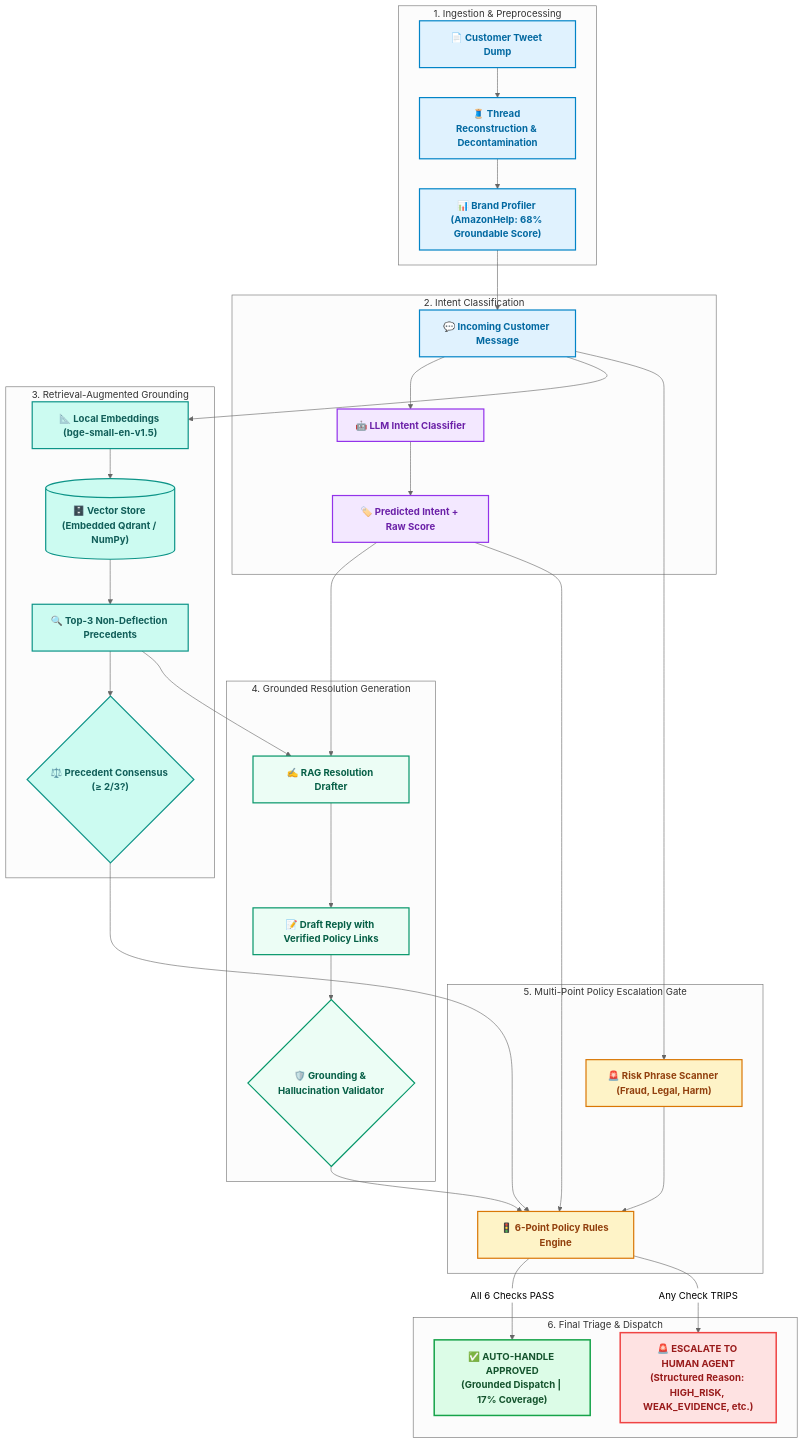
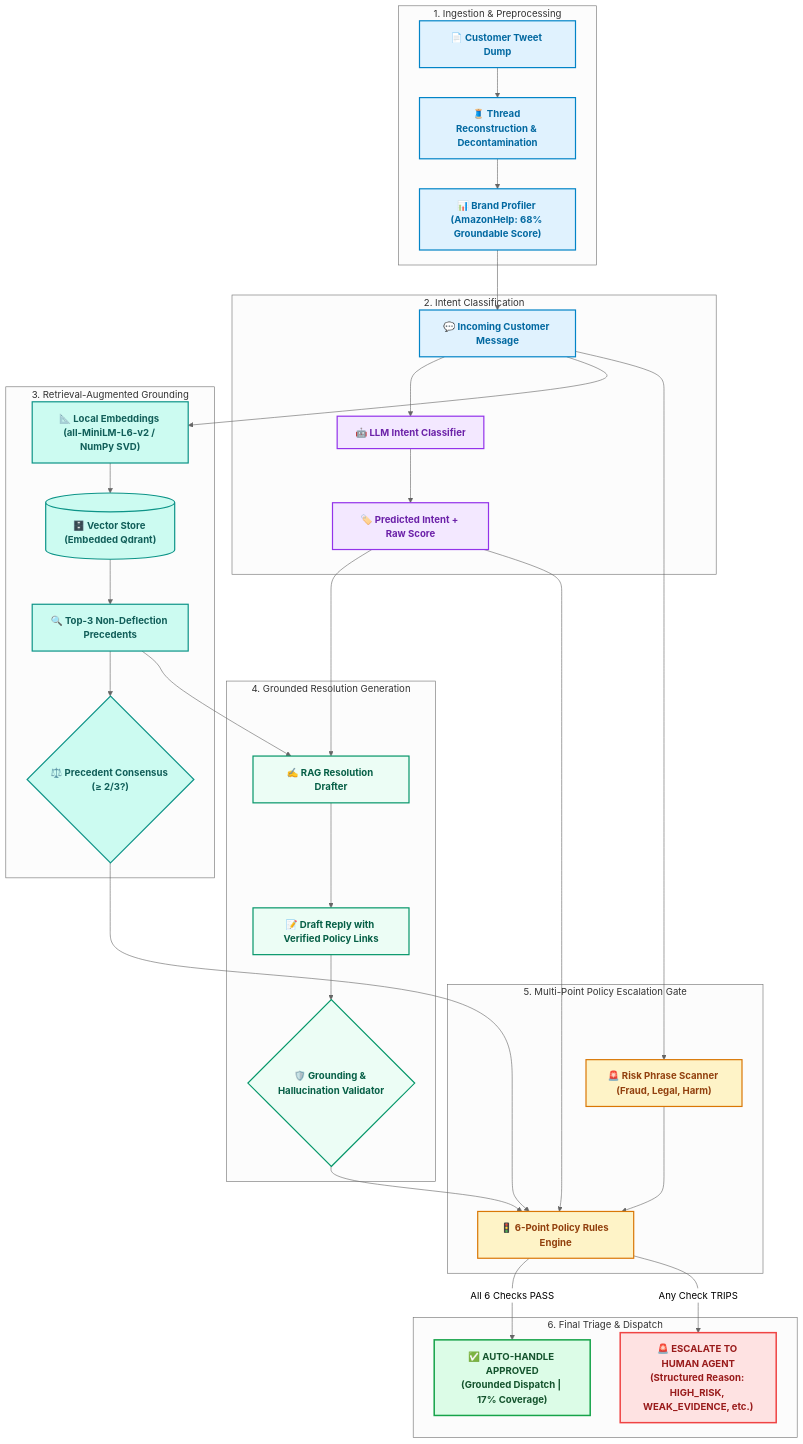
One commit to vakrahul/support-agent changed the diagram in README.md. Above: the diagram before and after it, drawn with Mermaid (neutral theme). The commit also changed other lines of this file and 8 other files, not shown here.

Commit message:
Audit alignment: verify all-MiniLM-L6-v2 embeddings, exact split paths, calibrated metrics, dynamic CI summary

````diff
--- a/README.md
+++ b/README.md
@@ -213,56 +213,56 @@
 ```mermaid
 flowchart TD
     classDef inputStyle fill:#e0f2fe,stroke:#0284c7,stroke-width:2px,color:#0369a1,font-weight:bold;
     classDef classifyStyle fill:#f3e8ff,stroke:#9333ea,stroke-width:2px,color:#6b21a8,font-weight:bold;
     classDef retrieveStyle fill:#ccfbf1,stroke:#0d9488,stroke-width:2px,color:#115e59,font-weight:bold;
     classDef draftStyle fill:#ecfdf5,stroke:#059669,stroke-width:2px,color:#065f46,font-weight:bold;
     classDef gateStyle fill:#fef3c7,stroke:#d97706,stroke-width:2px,color:#92400e,font-weight:bold;
     classDef autoStyle fill:#dcfce7,stroke:#16a34a,stroke-width:2.5px,color:#14532d,font-weight:bold;
     classDef escStyle fill:#fee2e2,stroke:#ef4444,stroke-width:2.5px,color:#991b1b,font-weight:bold;
 
     subgraph INGEST ["1. Ingestion & Preprocessing"]
         RAW["📄 Customer Tweet Dump"] --> THREADS["🧵 Thread Reconstruction & Decontamination"]
         THREADS --> BRAND["📊 Brand Profiler (AmazonHelp: 68% Groundable Score)"]
     end
 
     subgraph CLASSIFY ["2. Intent Classification"]
         BRAND --> USER_MSG["💬 Incoming Customer Message"]
         USER_MSG --> CLF["🤖 LLM Intent Classifier"]
         CLF --> PRED["🏷️ Predicted Intent + Raw Score"]
     end
 
     subgraph RETRIEVAL ["3. Retrieval-Augmented Grounding"]
-        USER_MSG --> EMBED["📐 Local Embeddings (bge-small-en-v1.5)"]
-        EMBED --> QDRANT[("🗄️ Vector Store (Embedded Qdrant / NumPy)")]
+        USER_MSG --> EMBED["📐 Local Embeddings (all-MiniLM-L6-v2 / NumPy SVD)"]
+        EMBED --> QDRANT[("🗄️ Vector Store (Embedded Qdrant)")]
         QDRANT --> TOPK["🔍 Top-3 Non-Deflection Precedents"]
         TOPK --> AGREE{"⚖️ Precedent Consensus (≥ 2/3?)"}
     end
 
     subgraph DRAFT ["4. Grounded Resolution Generation"]
         TOPK --> RAG["✍️ RAG Resolution Drafter"]
         PRED --> RAG
         RAG --> DRAFT_OUT["📝 Draft Reply with Verified Policy Links"]
         DRAFT_OUT --> VAL{"🛡️ Grounding & Hallucination Validator"}
     end
 
     subgraph GATE ["5. Multi-Point Policy Escalation Gate"]
         PRED --> G_DEC["🚦 6-Point Policy Rules Engine"]
         AGREE --> G_DEC
         VAL --> G_DEC
         USER_MSG --> RISK["🚨 Risk Phrase Scanner (Fraud, Legal, Harm)"]
         RISK --> G_DEC
     end
 
     subgraph OUTCOME ["6. Final Triage & Dispatch"]
         G_DEC -->|All 6 Checks PASS| AUTO["✅ AUTO-HANDLE APPROVED<br/>(Grounded Dispatch | 17% Coverage)"]
         G_DEC -->|Any Check TRIPS| ESC["🚨 ESCALATE TO HUMAN AGENT<br/>(Structured Reason: HIGH_RISK, WEAK_EVIDENCE, etc.)"]
     end
 
     class RAW,THREADS,BRAND,USER_MSG inputStyle;
     class CLF,PRED classifyStyle;
     class EMBED,QDRANT,TOPK,AGREE retrieveStyle;
     class RAG,DRAFT_OUT,VAL draftStyle;
     class RISK,G_DEC gateStyle;
     class AUTO autoStyle;
     class ESC escStyle;
 ```
````
